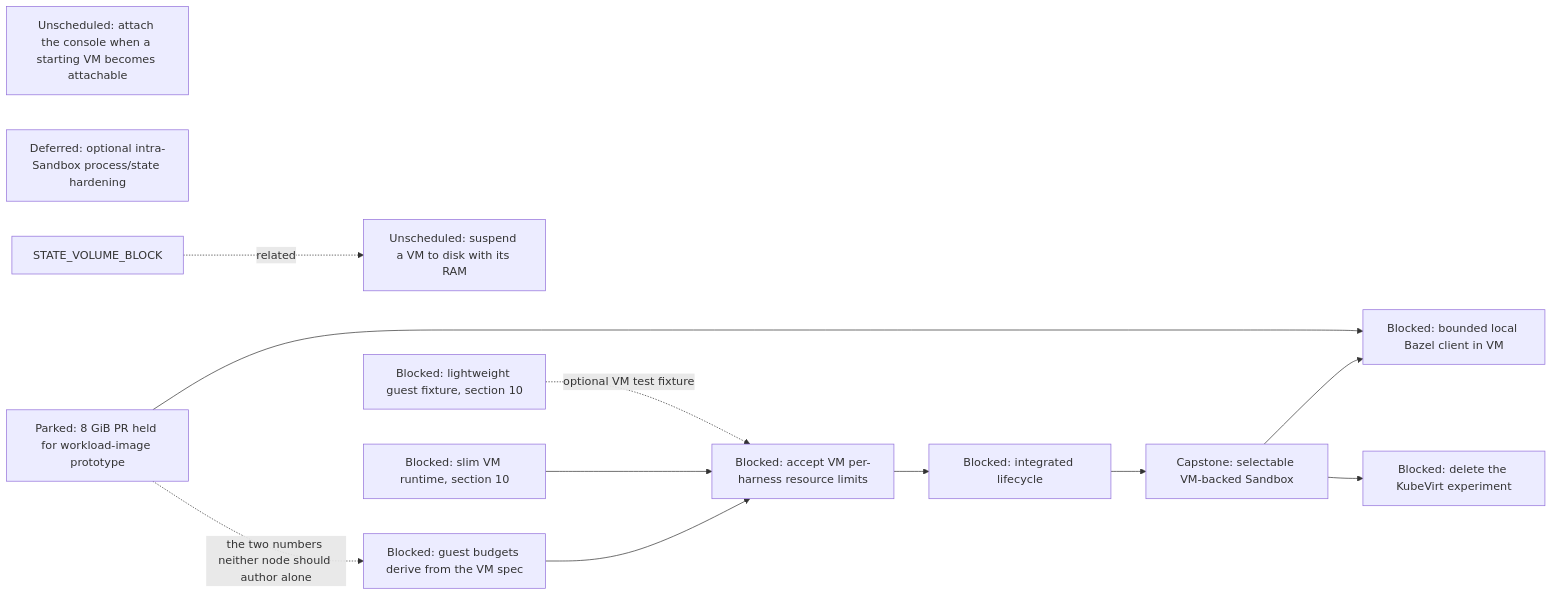
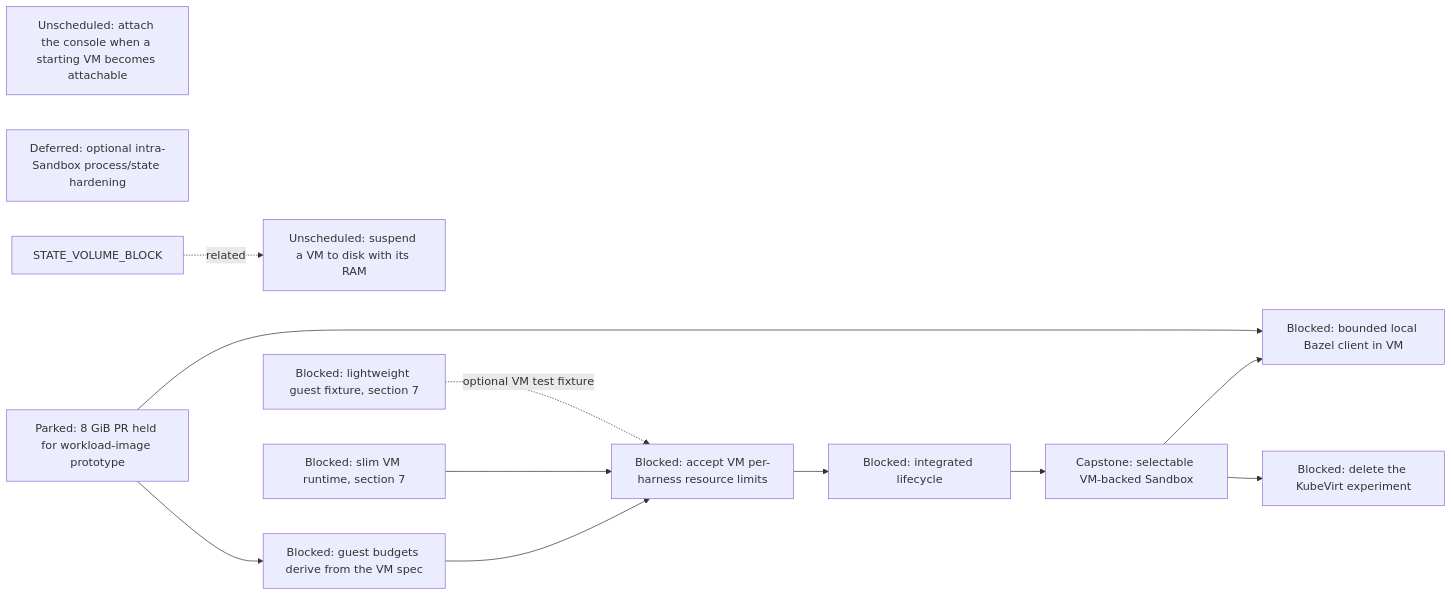
The sixth of 16 diagrams in agentplane/plans/task_dag.md (agentydragon-agent/ducktape), drawn with Mermaid before and after one commit. The commit also changed other lines of this file and 18 other files, not shown here.

````diff
--- a/agentplane/plans/task_dag.md
+++ b/agentplane/plans/task_dag.md
@@ -479,22 +511,22 @@
 ```mermaid
 flowchart LR
     VM_RAM_SUSPEND[Unscheduled: suspend a VM to disk with its RAM]
     VM_CONSOLE_DEFERRED_ATTACH[Unscheduled: attach the console when a starting VM becomes attachable]
     VM_HARNESS_RESOURCE_LIMITS[Blocked: accept VM per-harness resource limits]
     VM_INTRA_SANDBOX_HARDENING[Deferred: optional intra-Sandbox process/state hardening]
-    RUNNER_LAYERING_VM[Blocked: slim VM runtime, section 10]
-    K3S_VM_IMAGE[Blocked: lightweight guest fixture, section 10]
+    RUNNER_LAYERING_VM[Blocked: slim VM runtime, section 7]
+    K3S_VM_IMAGE[Blocked: lightweight guest fixture, section 7]
     VM_LIFECYCLE[Blocked: integrated lifecycle]
     STATE_VOLUME_BLOCK -. related .-> VM_RAM_SUSPEND
     VM_HARNESS_RESOURCE_LIMITS --> VM_LIFECYCLE
     VM_GUEST_BUDGET_DERIVE --> VM_HARNESS_RESOURCE_LIMITS
     RUNNER_LAYERING_VM --> VM_HARNESS_RESOURCE_LIMITS
     K3S_VM_IMAGE -. optional VM test fixture .-> VM_HARNESS_RESOURCE_LIMITS
     VM_LIFECYCLE --> SANDBOX_VM_ISOLATION[Capstone: selectable VM-backed Sandbox]
     VM_GUEST_MEMORY[Parked: 8 GiB PR held for workload-image prototype]
     VM_GUEST_BUDGET_DERIVE[Blocked: guest budgets derive from the VM spec]
-    VM_GUEST_MEMORY -. the two numbers neither node should author alone .-> VM_GUEST_BUDGET_DERIVE
+    VM_GUEST_MEMORY --> VM_GUEST_BUDGET_DERIVE
     SANDBOX_VM_ISOLATION --> LOCAL_BAZEL[Blocked: bounded local Bazel client in VM]
     VM_GUEST_MEMORY --> LOCAL_BAZEL
     SANDBOX_VM_ISOLATION --> KUBEVIRT_EXPERIMENT_RETIRE[Blocked: delete the KubeVirt experiment]
 ```
````
